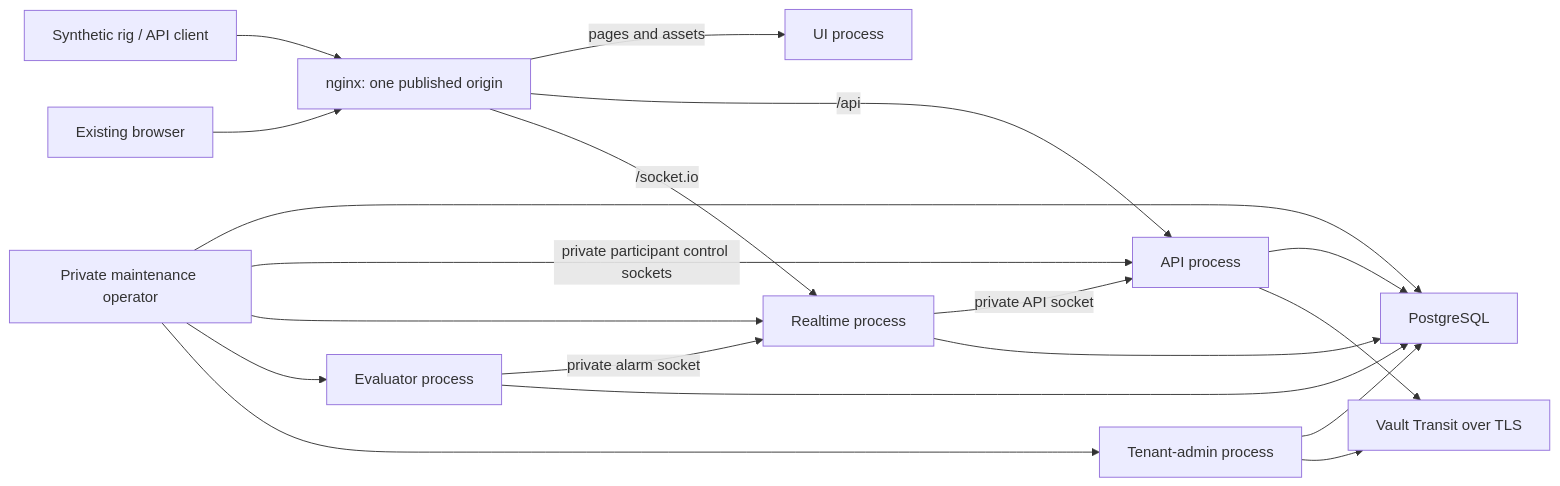
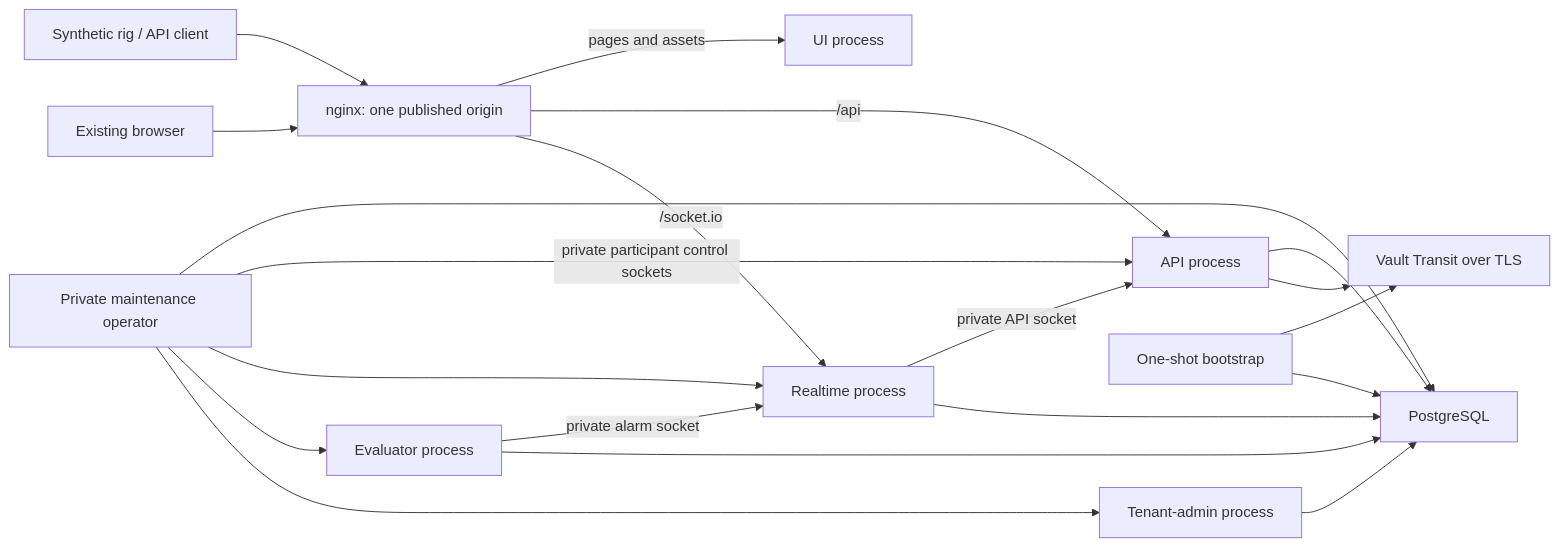
One commit to bewest/rag-nightscout-ecosystem-alignment changed the diagram in docs/30-design/tenancy/deployment-and-rig-testing.md. Above: the diagram before and after it, drawn with Mermaid. The commit also changed other lines of this file, not shown here.

Commit message:
Clarify runtime Vault custody and activation uncertainty

````diff
--- a/docs/30-design/tenancy/deployment-and-rig-testing.md
+++ b/docs/30-design/tenancy/deployment-and-rig-testing.md
@@ -30,21 +30,22 @@
 ```mermaid
 flowchart LR
   Rig["Synthetic rig / API client"] --> Edge["nginx: one published origin"]
   Browser["Existing browser"] --> Edge
   Edge -->|"pages and assets"| UI["UI process"]
   Edge -->|"/api"| API["API process"]
   Edge -->|"/socket.io"| RT["Realtime process"]
   RT -->|"private API socket"| API
   Eval["Evaluator process"] -->|"private alarm socket"| RT
   API --> PG["PostgreSQL"]
   RT --> PG
   Eval --> PG
   Admin["Tenant-admin process"] --> PG
   API --> Vault["Vault Transit over TLS"]
-  Admin --> Vault
+  Bootstrap["One-shot bootstrap"] --> Vault
+  Bootstrap --> PG
   Operator["Private maintenance operator"] --> PG
   Operator -->|"private participant control sockets"| API
   Operator --> RT
   Operator --> Eval
   Operator --> Admin
 ```
````
